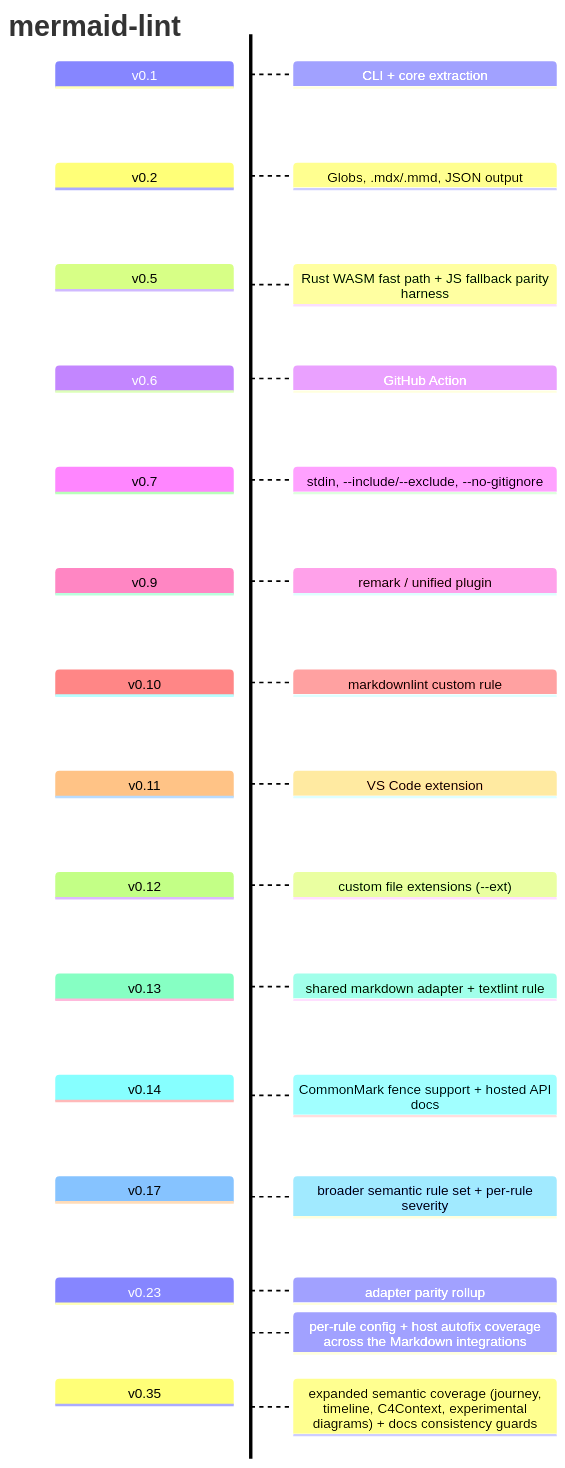
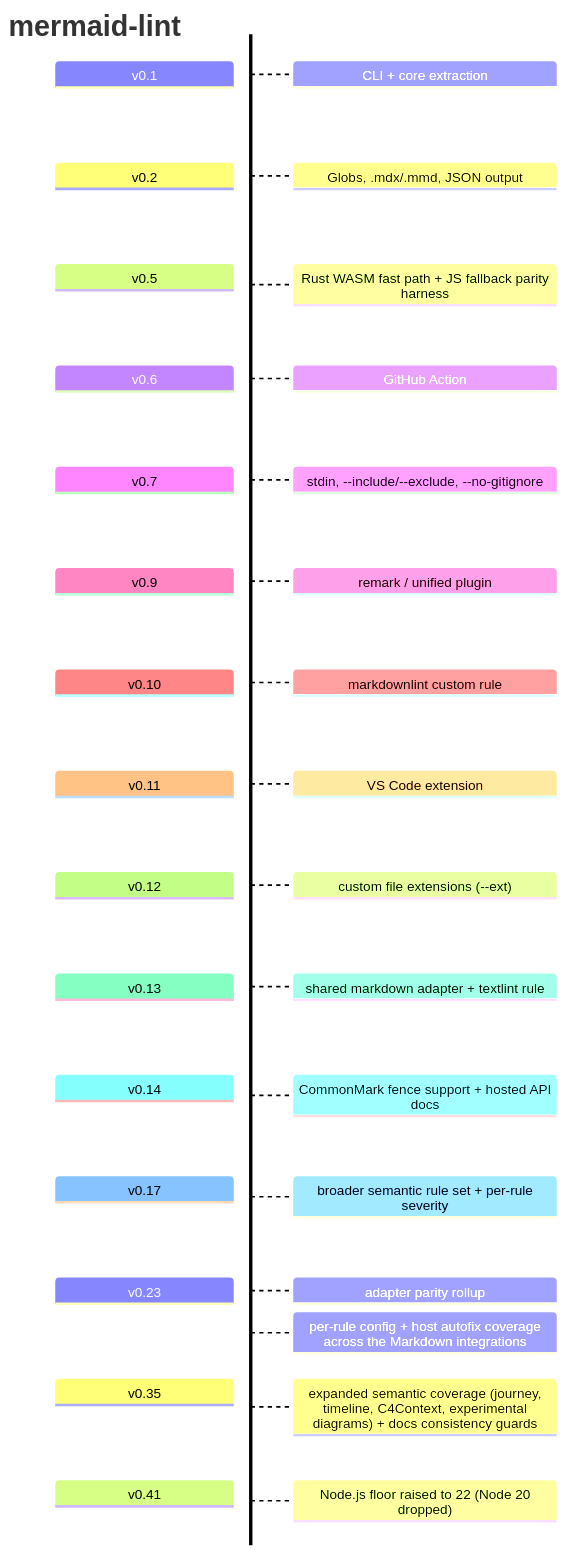
The diagram in docs/release-history.md (jasonworden/mermaid-lint), drawn with Mermaid before and after one commit. The commit also changed 9 other files, not shown here.

Commit message:
chore: bump @mermaid-lint/* to 0.41.0

````diff
--- a/docs/release-history.md
+++ b/docs/release-history.md
@@ -6,18 +6,19 @@
 ```mermaid
 timeline TD
   title mermaid-lint
   v0.1 : CLI + core extraction
   v0.2 : Globs, .mdx/.mmd, JSON output
   v0.5 : Rust WASM fast path + JS fallback parity harness
   v0.6 : GitHub Action
   v0.7 : stdin, --include/--exclude, --no-gitignore
   v0.9 : remark / unified plugin
   v0.10 : markdownlint custom rule
   v0.11 : VS Code extension
   v0.12 : custom file extensions (--ext)
   v0.13 : shared markdown adapter + textlint rule
   v0.14 : CommonMark fence support + hosted API docs
   v0.17 : broader semantic rule set + per-rule severity
   v0.23 : adapter parity rollup: per-rule config + host autofix coverage across the Markdown integrations
   v0.35 : expanded semantic coverage (journey, timeline, C4Context, experimental diagrams) + docs consistency guards
+  v0.41 : Node.js floor raised to 22 (Node 20 dropped)
 ```
````
